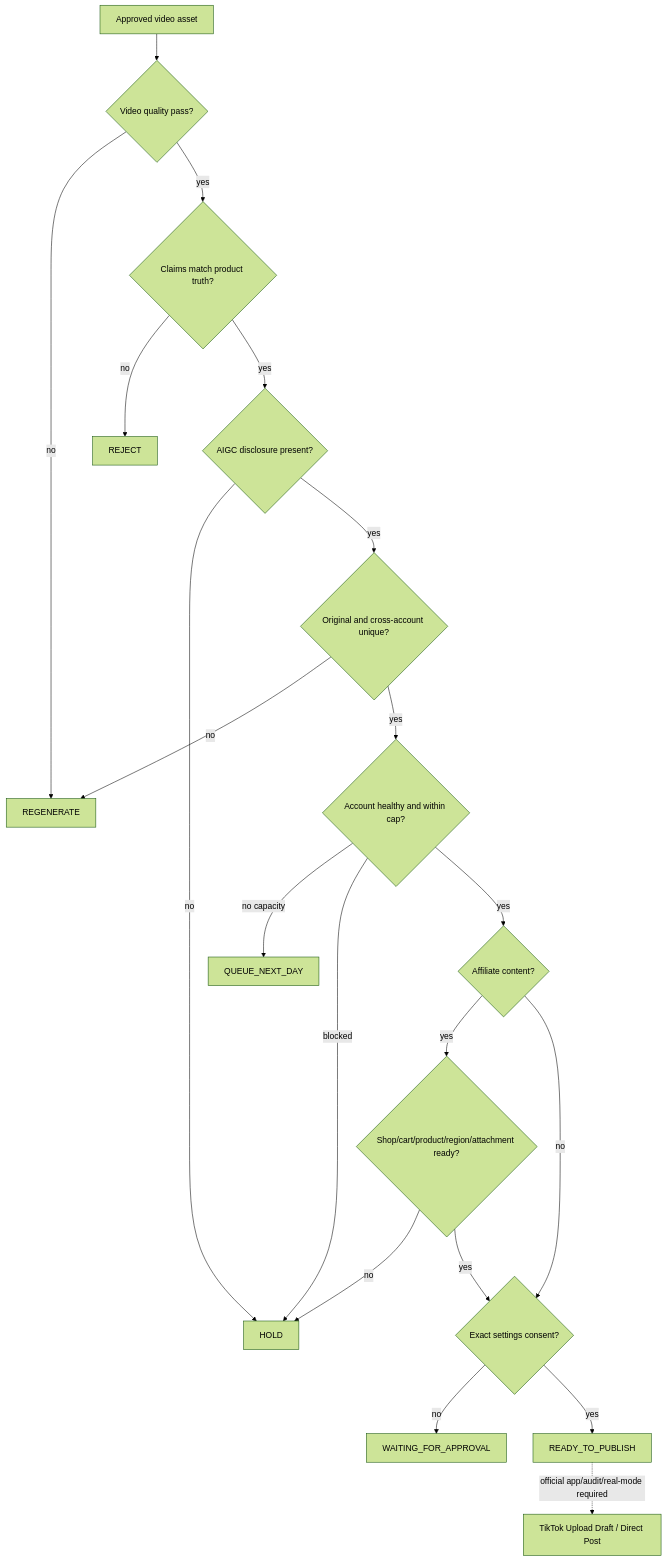
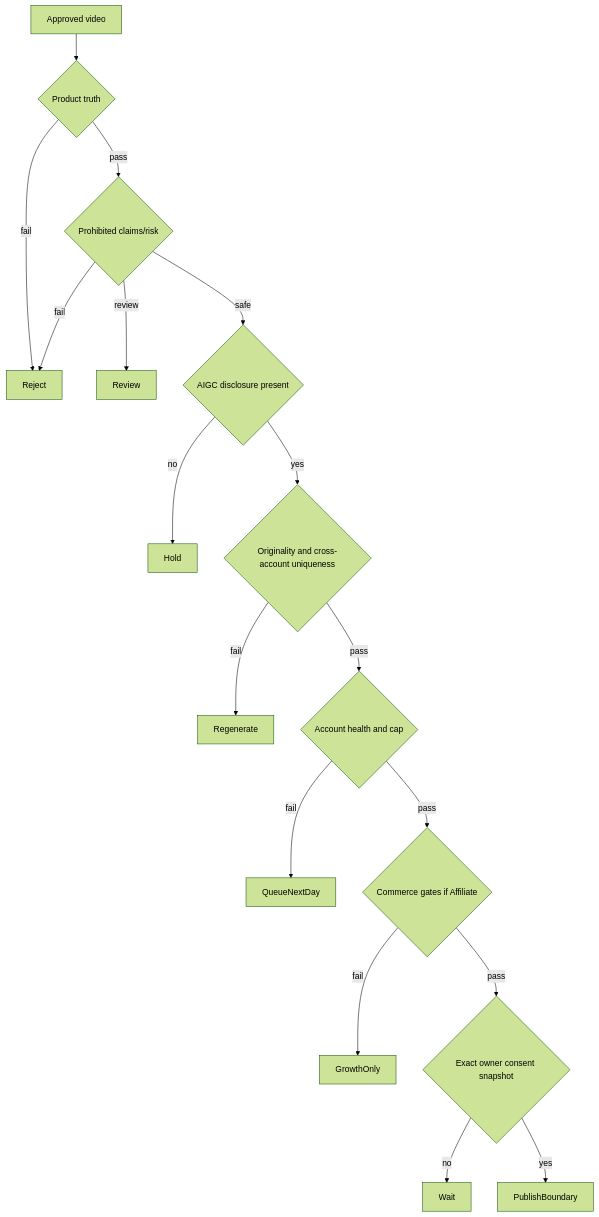
One commit to kkhunmingg-commits/viralflow-ai changed the sixth of 6 diagrams in docs/PROJECT_MASTER_STATUS.md. Above: the diagram before and after it, drawn with Mermaid (forest theme). The commit also changed other lines of this file and 4 other files, not shown here.

````diff
--- a/docs/PROJECT_MASTER_STATUS.md
+++ b/docs/PROJECT_MASTER_STATUS.md
@@ -257,22 +204,19 @@
-```mermaid
+~~~mermaid
 flowchart TD
-    Asset[Approved video asset] --> Q{Video quality pass?}
-    Q -->|no| Regen[REGENERATE]
-    Q -->|yes| Truth{Claims match product truth?}
-    Truth -->|no| Reject[REJECT]
-    Truth -->|yes| AIGC{AIGC disclosure present?}
-    AIGC -->|no| Hold[HOLD]
-    AIGC -->|yes| Originality{Original and cross-account unique?}
-    Originality -->|no| Regen
-    Originality -->|yes| Health{Account healthy and within cap?}
-    Health -->|no capacity| NextDay[QUEUE_NEXT_DAY]
-    Health -->|blocked| Hold
-    Health -->|yes| Commerce{Affiliate content?}
-    Commerce -->|yes| Shop{Shop/cart/product/region/attachment ready?}
-    Shop -->|no| Hold
-    Shop -->|yes| Consent{Exact settings consent?}
-    Commerce -->|no| Consent
-    Consent -->|no| Review[WAITING_FOR_APPROVAL]
-    Consent -->|yes| Publish[READY_TO_PUBLISH]
-    Publish -. official app/audit/real-mode required .-> TikTok[TikTok Upload Draft / Direct Post]
-```
+  C1[Approved video] --> C2{Product truth}
+  C2 -->|fail| Reject
+  C2 -->|pass| C3{Prohibited claims/risk}
+  C3 -->|fail| Reject
+  C3 -->|review| Review
+  C3 -->|safe| C4{AIGC disclosure present}
+  C4 -->|no| Hold
+  C4 -->|yes| C5{Originality and cross-account uniqueness}
+  C5 -->|fail| Regenerate
+  C5 -->|pass| C6{Account health and cap}
+  C6 -->|fail| QueueNextDay
+  C6 -->|pass| C7{Commerce gates if Affiliate}
+  C7 -->|fail| GrowthOnly
+  C7 -->|pass| C8{Exact owner consent snapshot}
+  C8 -->|no| Wait
+  C8 -->|yes| PublishBoundary
+~~~
````
